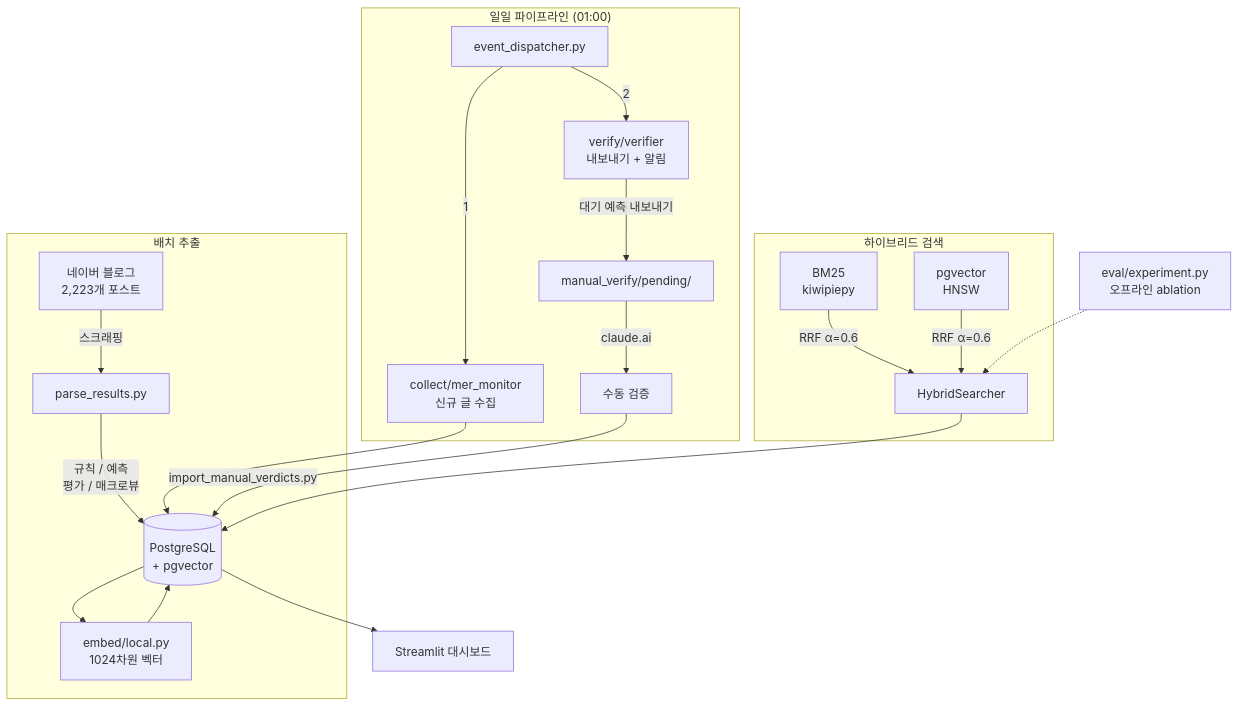
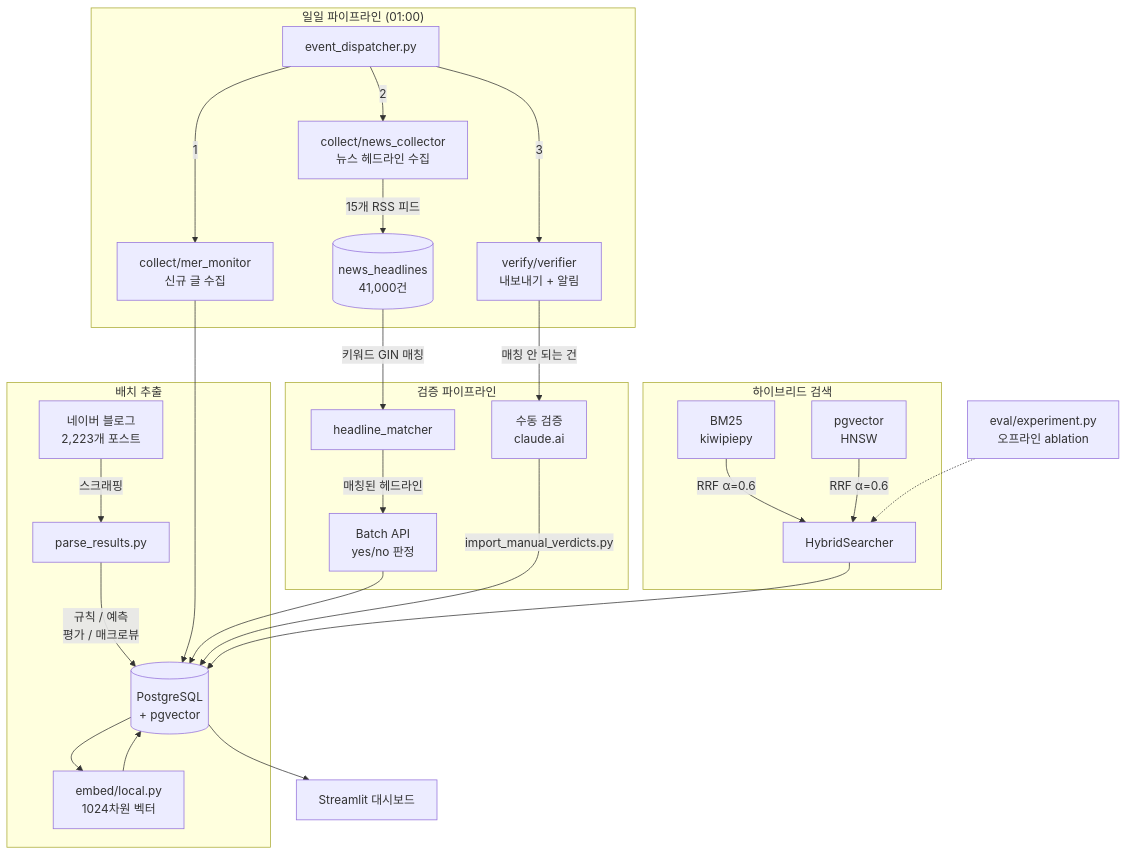
The diagram in README.md (11e3/mer-insight-pipeline), drawn with Mermaid before and after one commit. The commit also changed other lines of this file, not shown here.

First line of the commit message:
docs: comprehensive README update with news DB and verification architecture

````diff
--- a/README.md
+++ b/README.md
@@ -23,28 +24,33 @@
 ```mermaid
 flowchart TD
     subgraph 배치 추출
         A[네이버 블로그<br>2,223개 포스트] -->|스크래핑| B[parse_results.py]
         B -->|규칙 / 예측<br>평가 / 매크로뷰| C[(PostgreSQL<br>+ pgvector)]
         C --> EMB[embed/local.py<br>1024차원 벡터]
         EMB --> C
     end
 
     subgraph "일일 파이프라인 (01:00)"
         ED[event_dispatcher.py] -->|1| MER[collect/mer_monitor<br>신규 글 수집]
-        ED -->|2| PV[verify/verifier<br>내보내기 + 알림]
+        ED -->|2| NEWS[collect/news_collector<br>뉴스 헤드라인 수집]
+        ED -->|3| PV[verify/verifier<br>내보내기 + 알림]
         MER --> C
-        PV -->|대기 예측 내보내기| EX[manual_verify/pending/]
-        EX -->|claude.ai| MAN[수동 검증]
-        MAN -->|import_manual_verdicts.py| C
+        NEWS -->|15개 RSS 피드| NH[(news_headlines<br>41,000건)]
+    end
+
+    subgraph 검증 파이프라인
+        NH -->|키워드 GIN 매칭| HM[headline_matcher]
+        HM -->|매칭된 헤드라인| BATCH[Batch API<br>yes/no 판정]
+        BATCH --> C
+        PV -->|매칭 안 되는 건| EX[수동 검증<br>claude.ai]
+        EX -->|import_manual_verdicts.py| C
     end
 
     subgraph 하이브리드 검색
         HS1[BM25<br>kiwipiepy] & HS2[pgvector<br>HNSW] -->|RRF α=0.6| HS3[HybridSearcher]
     end
 
     HS3 --> C
-
     C --> Q[Streamlit 대시보드]
-
     EV[eval/experiment.py<br>오프라인 ablation] -.-> HS3
 ```
````
